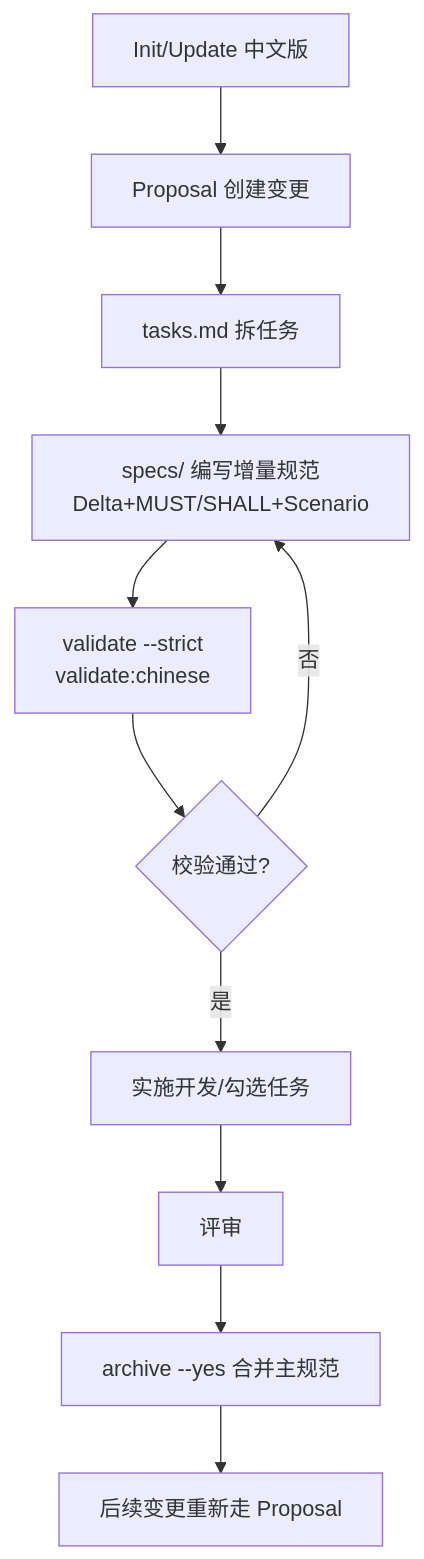
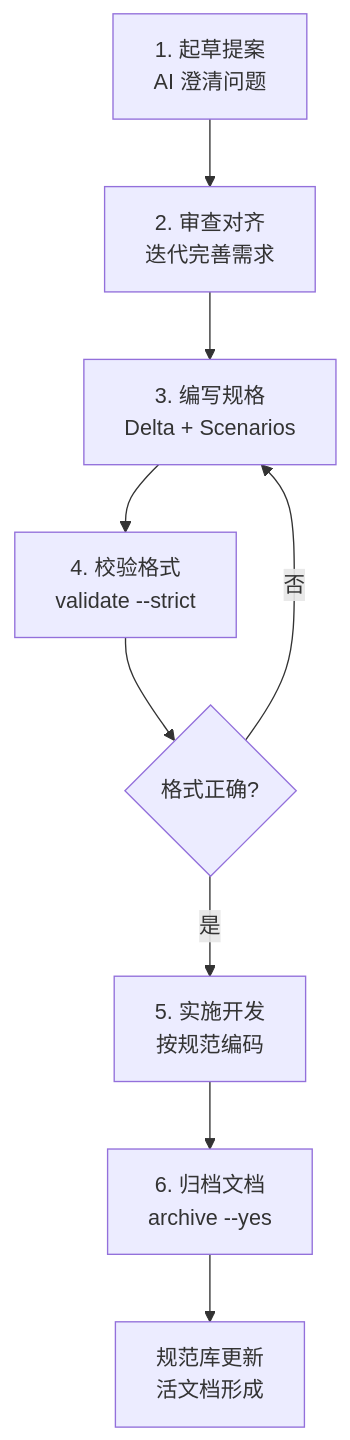
Before and after one commit to ruan-cat/monorepo: the diagram in claude-code-marketplace/common-tools/skills/openspec/SKILL.md, drawn with Mermaid. The commit also changed other lines of this file and 2 other files, not shown here.

````diff
--- a/claude-code-marketplace/common-tools/skills/openspec/SKILL.md
+++ b/claude-code-marketplace/common-tools/skills/openspec/SKILL.md
@@ -200,13 +270,11 @@
 ```mermaid
 flowchart TD
-  A[Init/Update 中文版] --> B[Proposal 创建变更]
-  B --> C[tasks.md 拆任务]
-  C --> D[specs/ 编写增量规范<br/>Delta+MUST/SHALL+Scenario]
-  D --> E[validate --strict<br/>validate:chinese]
-  E --> F{校验通过?}
-  F -- 否 --> D
-  F -- 是 --> G[实施开发/勾选任务]
-  G --> H[评审]
-  H --> I[archive --yes 合并主规范]
-  I --> J[后续变更重新走 Proposal]
+  A[1. 起草提案<br/>AI 澄清问题] --> B[2. 审查对齐<br/>迭代完善需求]
+  B --> C[3. 编写规格<br/>Delta + Scenarios]
+  C --> D[4. 校验格式<br/>validate --strict]
+  D --> E{格式正确?}
+  E -- 否 --> C
+  E -- 是 --> F[5. 实施开发<br/>按规范编码]
+  F --> G[6. 归档文档<br/>archive --yes]
+  G --> H[规范库更新<br/>活文档形成]
 ```
````
